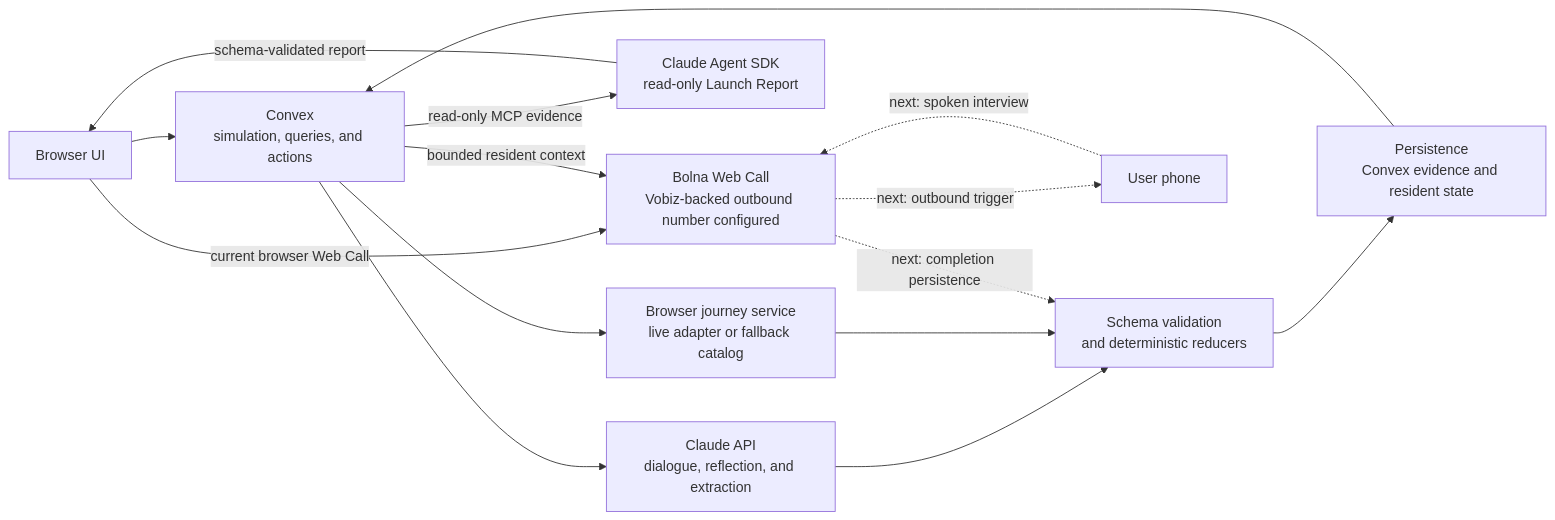
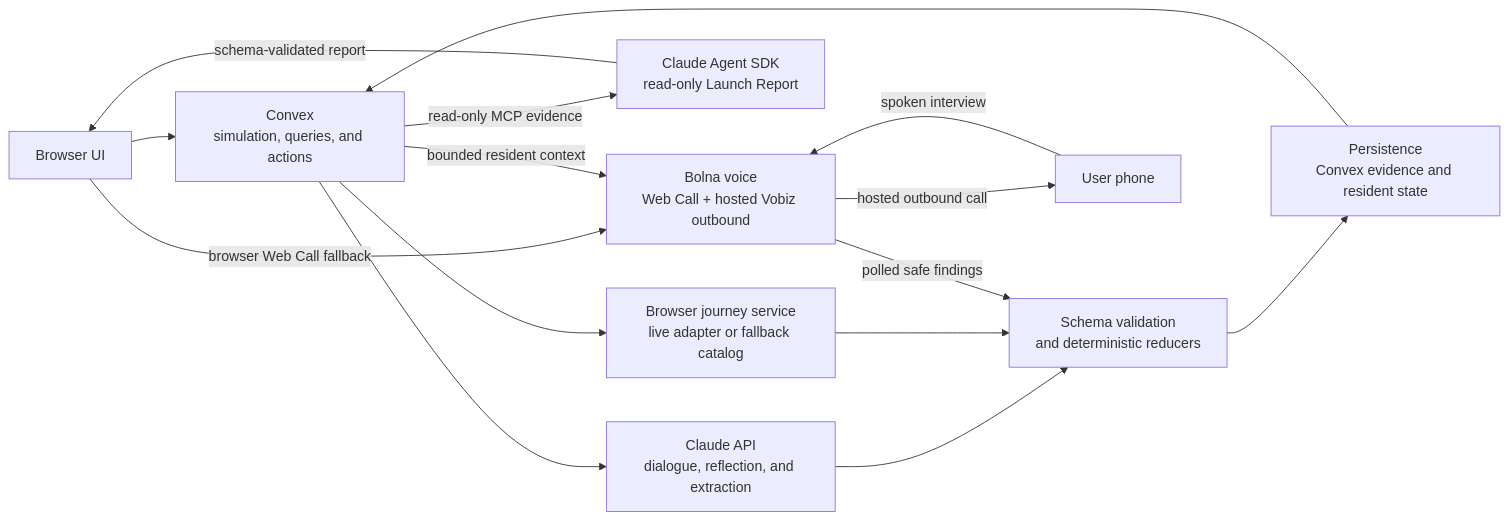
Before and after one commit to perfect7613/launchtown: the first of 2 diagrams in README.md, drawn with Mermaid. The commit also changed other lines of this file and 17 other files, not shown here.

````diff
--- a/README.md
+++ b/README.md
@@ -95,27 +96,27 @@
 ```mermaid
 flowchart LR
     UI["Browser UI"]
     Convex["Convex<br/>simulation, queries, and actions"]
     ClaudeAPI["Claude API<br/>dialogue, reflection, and extraction"]
     ReportAgent["Claude Agent SDK<br/>read-only Launch Report"]
     Journey["Browser journey service<br/>live adapter or fallback catalog"]
     Guard["Schema validation<br/>and deterministic reducers"]
-    Bolna["Bolna Web Call<br/>Vobiz-backed outbound number configured"]
+    Bolna["Bolna voice<br/>Web Call + hosted Vobiz outbound"]
     Phone["User phone"]
     Persistence["Persistence<br/>Convex evidence and resident state"]
 
     UI --> Convex
     Convex --> ClaudeAPI
     ClaudeAPI --> Guard
     Convex --> Journey
     Journey --> Guard
     Guard --> Persistence
     Persistence --> Convex
     Convex -->|"read-only MCP evidence"| ReportAgent
     ReportAgent -->|"schema-validated report"| UI
-    UI -->|"current browser Web Call"| Bolna
+    UI -->|"browser Web Call fallback"| Bolna
     Convex -->|"bounded resident context"| Bolna
-    Bolna -. "next: outbound trigger" .-> Phone
-    Phone -. "next: spoken interview" .-> Bolna
-    Bolna -. "next: completion persistence" .-> Guard
+    Bolna -->|"hosted outbound call"| Phone
+    Phone -->|"spoken interview"| Bolna
+    Bolna -->|"polled safe findings"| Guard
 ```
````
